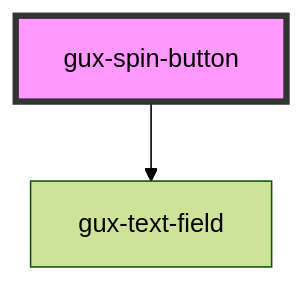
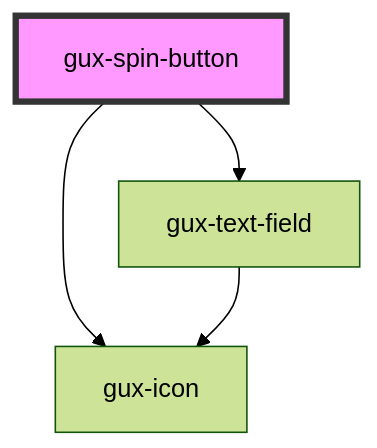
Before and after one commit to MyPureCloud/genesys-spark: the diagram in src/components/gux-spin-button/readme.md, drawn with Mermaid (forest theme). The commit also changed other lines of this file and 79 other files, not shown here.

````diff
--- a/src/components/gux-spin-button/readme.md
+++ b/src/components/gux-spin-button/readme.md
@@ -48,5 +49,7 @@
 ```mermaid
 graph TD;
   gux-spin-button --> gux-text-field
+  gux-spin-button --> gux-icon
+  gux-text-field --> gux-icon
   style gux-spin-button fill:#f9f,stroke:#333,stroke-width:4px
 ```
````
